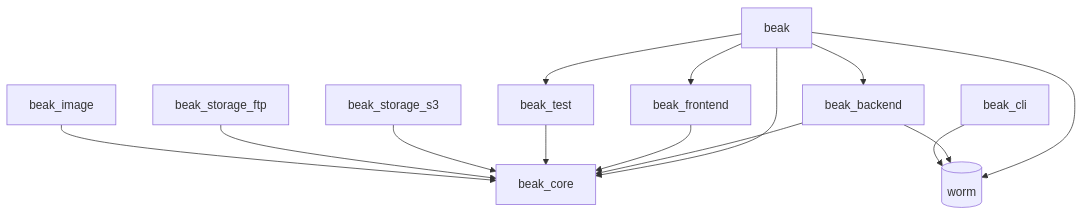
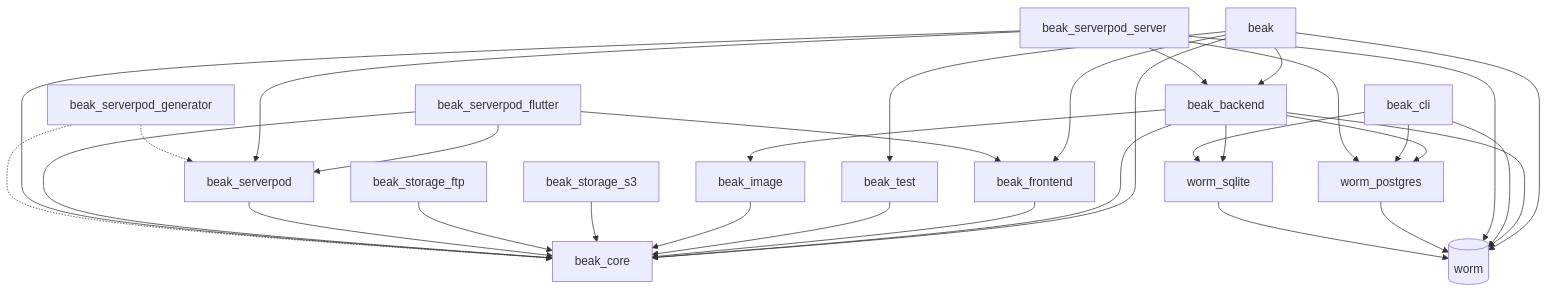
One commit to SimonErich/beak changed the diagram in docs/reference/packages.md. Above: the diagram before and after it, drawn with Mermaid. The commit also changed other lines of this file and 20 other files, not shown here.

Commit message:
docs(reference): CLI commands, beak.yaml, configuration, REST API, exceptions, blocks, panel options and packages, run against scratch projects

````diff
--- a/docs/reference/packages.md
+++ b/docs/reference/packages.md
@@ -73,27 +113,51 @@
 ```mermaid
 flowchart TD
-  umbrella[beak]
+  umb[beak]
   core[beak_core]
   backend[beak_backend]
   frontend[beak_frontend]
   testkit[beak_test]
+  image[beak_image]
   s3[beak_storage_s3]
   ftp[beak_storage_ftp]
-  image[beak_image]
   cli[beak_cli]
+  sp[beak_serverpod]
+  spf[beak_serverpod_flutter]
+  sps[beak_serverpod_server]
+  spg[beak_serverpod_generator]
   worm[(worm)]
+  wpg[worm_postgres]
+  wsq[worm_sqlite]
 
-  umbrella --> core
-  umbrella --> backend
-  umbrella --> frontend
-  umbrella --> testkit
-  umbrella --> worm
+  umb --> core
+  umb --> backend
+  umb --> frontend
+  umb --> testkit
+  umb --> worm
   backend --> core
+  backend --> image
+  backend --> worm
+  backend --> wpg
+  backend --> wsq
   frontend --> core
   testkit --> core
+  image --> core
   s3 --> core
   ftp --> core
-  image --> core
-  backend --> worm
   cli --> worm
+  cli --> wpg
+  cli --> wsq
+  sp --> core
+  spf --> core
+  spf --> frontend
+  spf --> sp
+  sps --> backend
+  sps --> core
+  sps --> sp
+  sps --> worm
+  sps --> wpg
+  spg -.-> core
+  spg -.-> sp
+  wpg --> worm
+  wsq --> worm
 ```
````
